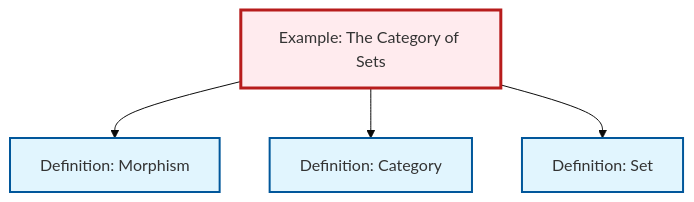
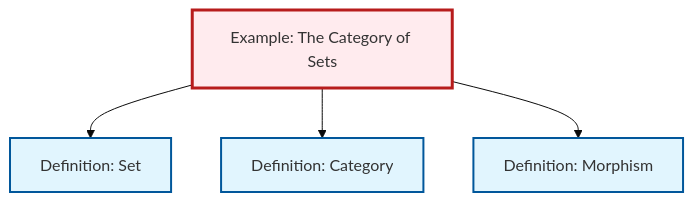
Before and after one commit to RK0429/ModernMath: the diagram in output/mermaid/ex-set-category.mermaid, drawn with Mermaid (base theme). The commit also changed other lines of this file and 1569 other files, not shown here.

```diff
--- a/output/mermaid/ex-set-category.mermaid
+++ b/output/mermaid/ex-set-category.mermaid
@@ -1,15 +1,15 @@
 %%| fig-cap: "Local dependency graph"
 graph TD
     classDef definition fill:#e1f5fe,stroke:#01579b,stroke-width:2px
     classDef theorem fill:#f3e5f5,stroke:#4a148c,stroke-width:2px
     classDef axiom fill:#fff3e0,stroke:#e65100,stroke-width:2px
     classDef example fill:#e8f5e9,stroke:#1b5e20,stroke-width:2px
     classDef current fill:#ffebee,stroke:#b71c1c,stroke-width:3px
+    ex-set-category["Example: The Category of Sets"]:::example
     def-set["Definition: Set"]:::definition
-    ex-set-category["Example: The Category of Sets"]:::example
     def-category["Definition: Category"]:::definition
     def-morphism["Definition: Morphism"]:::definition
+    ex-set-category --> def-set
+    ex-set-category --> def-category
     ex-set-category --> def-morphism
-    ex-set-category --> def-category
-    ex-set-category --> def-set
     class ex-set-category current
```
